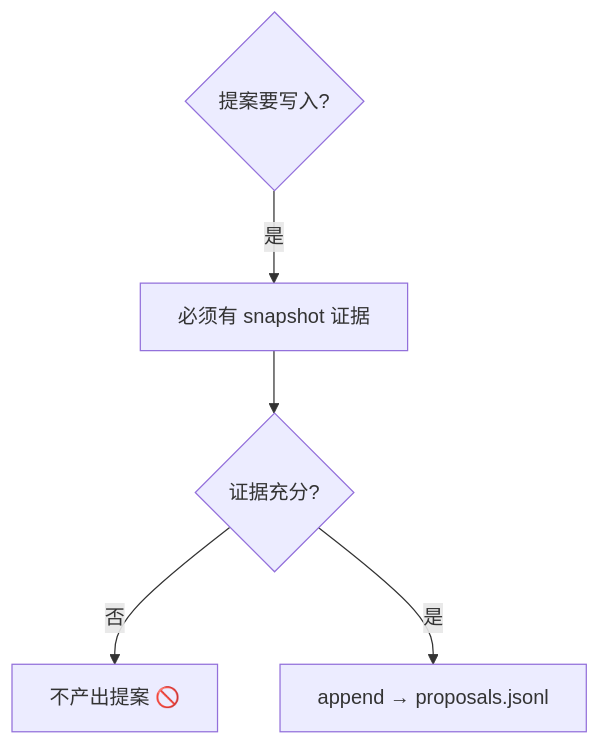
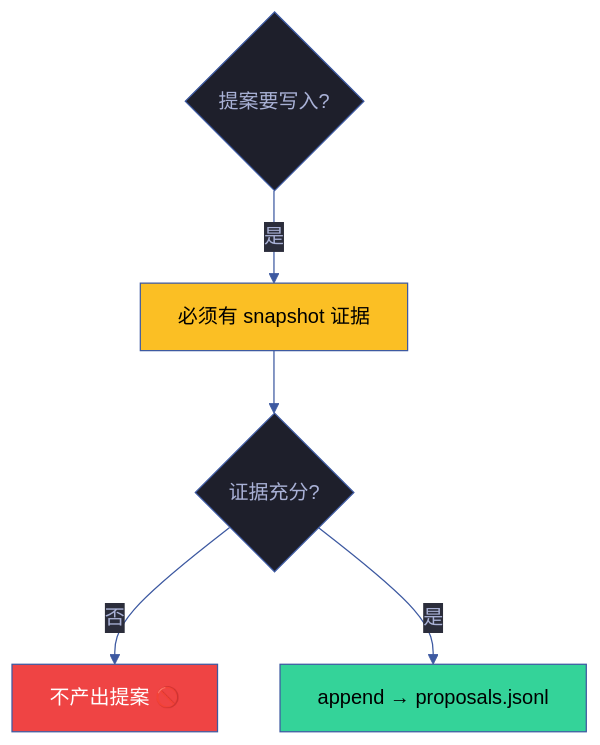
The second of 10 diagrams in skills/rui-yry/rules/self-improve.md (effiy/YrY), drawn with Mermaid before and after one commit. The commit also changed other lines of this file and 1028 other files, not shown here.

````diff
--- a/skills/rui-yry/rules/self-improve.md
+++ b/skills/rui-yry/rules/self-improve.md
@@ -67,9 +73,19 @@
 ```mermaid
+%%{init: {'theme': 'base', 'themeVariables': {
+  'primaryColor': '#1e1f2b',
+  'primaryTextColor': '#a9b1d6',
+  'primaryBorderColor': '#3d59a1',
+  'lineColor': '#3d59a1',
+  'secondaryColor': '#2b2d3b',
+  'tertiaryColor': '#21232f'
+}}}%%
 flowchart TD
     Q{"提案要写入?"} -->|"是"| SNAP["必须有 snapshot 证据"]:::must
     SNAP --> Q2{"证据充分?"}
     Q2 -->|"否"| BLOCK["不产出提案 🚫"]:::block
     Q2 -->|"是"| APPEND["append → proposals.jsonl"]:::ok
 
-
+    classDef must fill:#fbbf24,color:#000
+    classDef block fill:#ef4444,color:#fff
+    classDef ok fill:#34d399,color:#000
 ```
````
